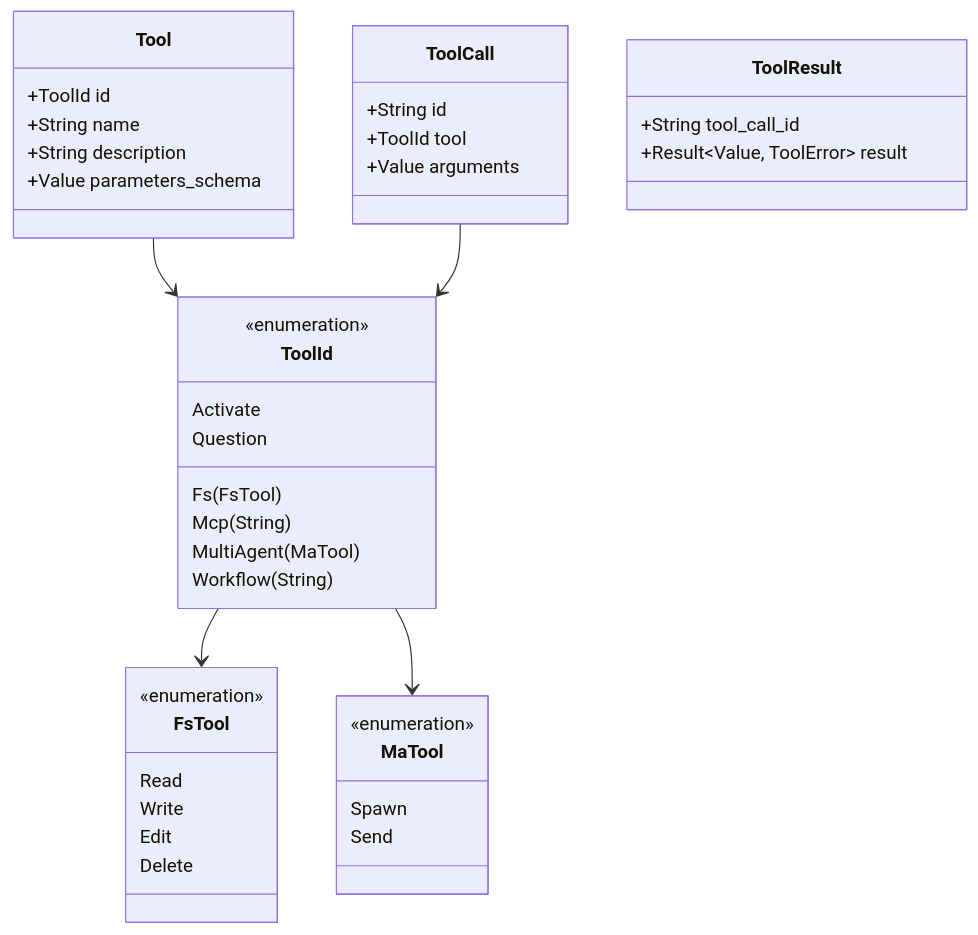
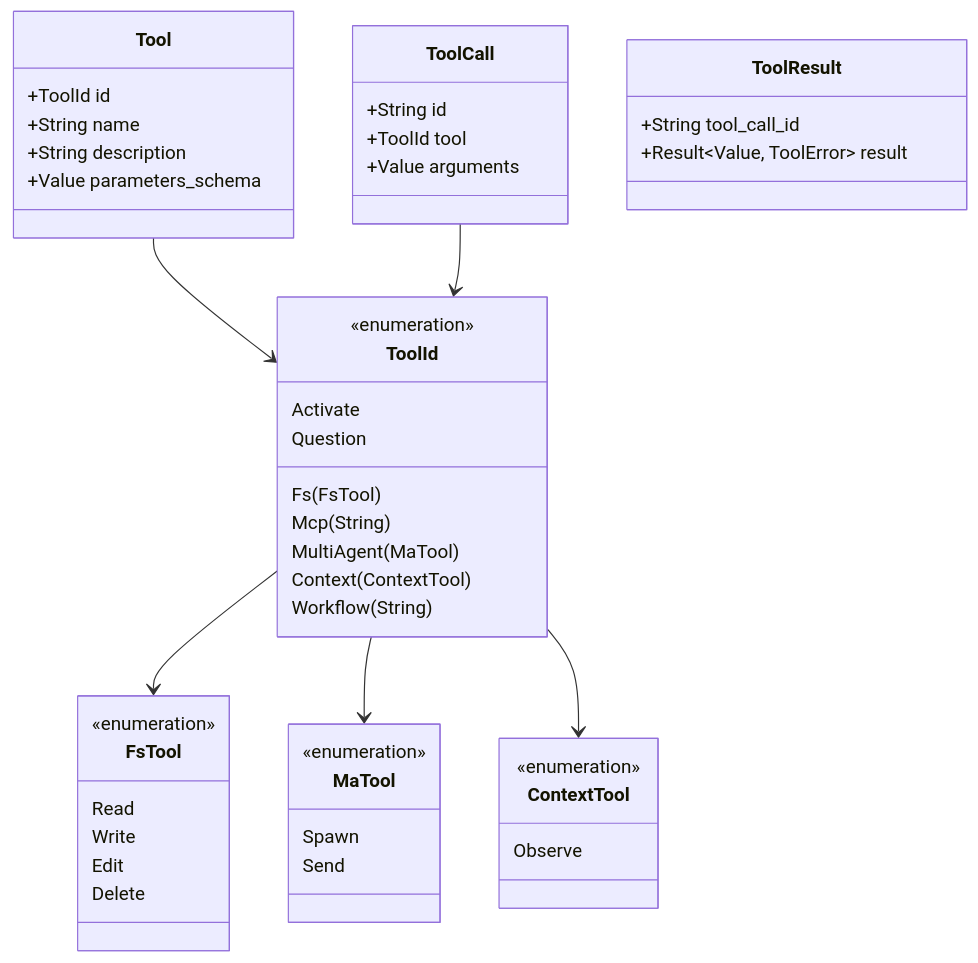
Before and after one commit to MiyakoMeow/neco: the seventh of 16 diagrams in progress/TECH.md, drawn with Mermaid. The commit also changed other lines of this file and 4 other files, not shown here.

````diff
--- a/progress/TECH.md
+++ b/progress/TECH.md
@@ -442,49 +442,56 @@
 ```mermaid
 classDiagram
     class Tool {
         +ToolId id
         +String name
         +String description
         +Value parameters_schema
     }
     
     class ToolId {
         <<enumeration>>
         Activate
         Fs(FsTool)
         Mcp(String)
         MultiAgent(MaTool)
         Question
+        Context(ContextTool)
         Workflow(String)
     }
     
     class FsTool {
         <<enumeration>>
         Read
         Write
         Edit
         Delete
     }
     
     class MaTool {
         <<enumeration>>
         Spawn
         Send
     }
     
+    class ContextTool {
+        <<enumeration>>
+        Observe
+    }
+    
     class ToolCall {
         +String id
         +ToolId tool
         +Value arguments
     }
     
     class ToolResult {
         +String tool_call_id
         +Result~Value, ToolError~ result
     }
     
     Tool --> ToolId
     ToolId --> FsTool
     ToolId --> MaTool
+    ToolId --> ContextTool
     ToolCall --> ToolId
 ```
````
